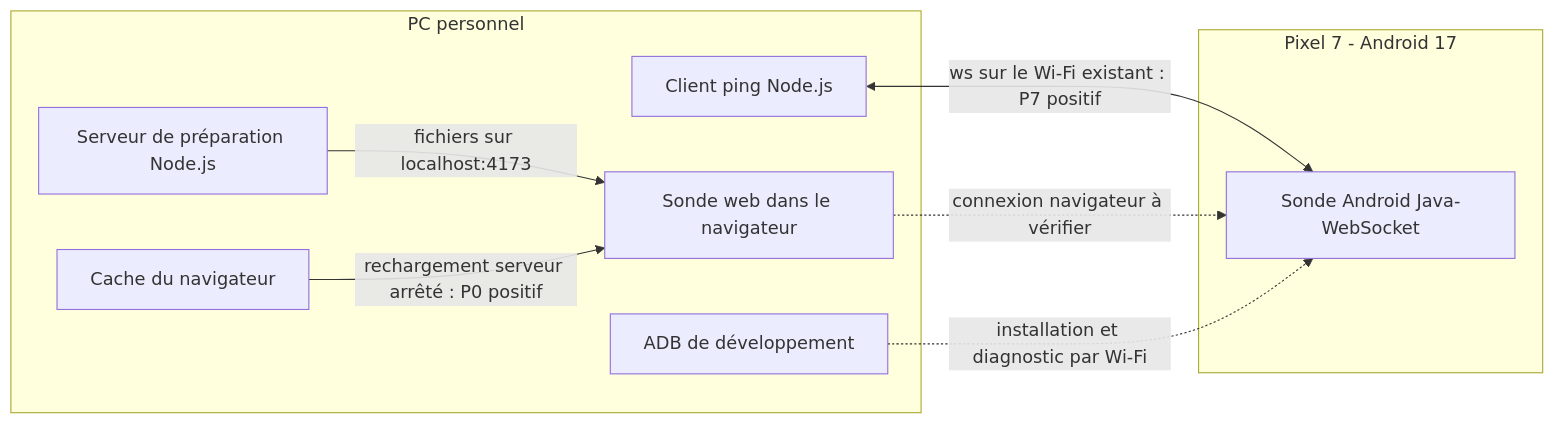
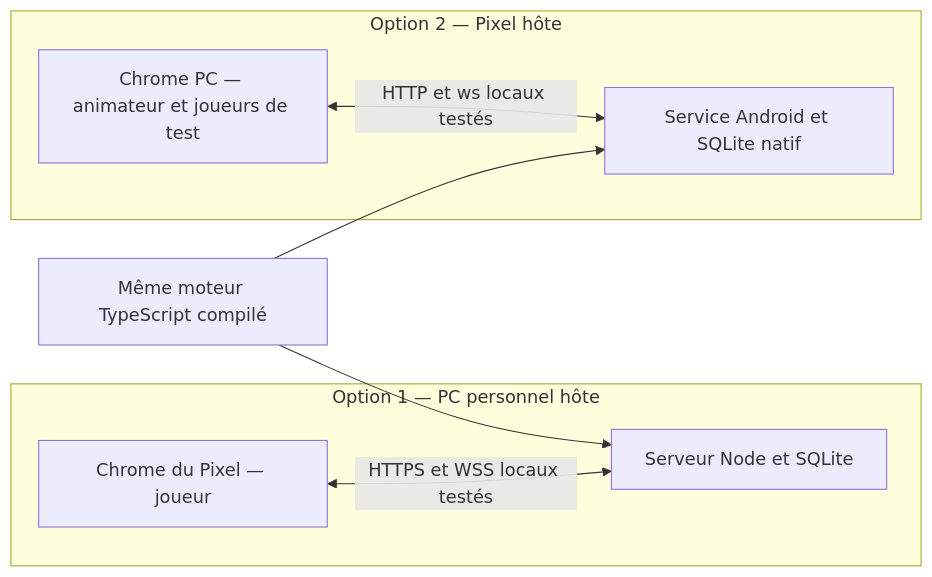
One commit to Tescka-git/Quiz changed the first of 5 diagrams in docs/pour l'humain/SCHEMAS_ARCHITECTURE.md. Above: the diagram before and after it, drawn with Mermaid. The commit also changed other lines of this file and 34 other files, not shown here.

First line of the commit message:
feat: ajouter la maquette de trois questions sur Node et Android

````diff
--- a/docs/pour l'humain/SCHEMAS_ARCHITECTURE.md
+++ b/docs/pour l'humain/SCHEMAS_ARCHITECTURE.md
@@ -9,17 +9,15 @@
 ```mermaid
 flowchart LR
-    subgraph PC[PC personnel]
-        Files[Serveur de préparation Node.js]
-        Browser[Sonde web dans le navigateur]
-        Client[Client ping Node.js]
-        Tools[ADB de développement]
-        Files -->|fichiers sur localhost:4173| Browser
-        Cache[Cache du navigateur] -->|rechargement serveur arrêté : P0 positif| Browser
+    Engine[Même moteur TypeScript compilé] --> Node
+    Engine --> Android
+    subgraph OptionPC[Option 1 — PC personnel hôte]
+        Node[Serveur Node et SQLite]
+        PixelClient[Chrome du Pixel — joueur]
+        PixelClient <-->|HTTPS et WSS locaux testés| Node
     end
-    subgraph Phone[Pixel 7 - Android 17]
-        Probe[Sonde Android Java-WebSocket]
+    subgraph OptionAndroid[Option 2 — Pixel hôte]
+        Android[Service Android et SQLite natif]
+        PCBrowser[Chrome PC — animateur et joueurs de test]
+        PCBrowser <-->|HTTP et ws locaux testés| Android
     end
-    Client <-->|ws sur le Wi-Fi existant : P7 positif| Probe
-    Browser -.->|connexion navigateur à vérifier| Probe
-    Tools -.->|installation et diagnostic par Wi-Fi| Probe
 ```
````
